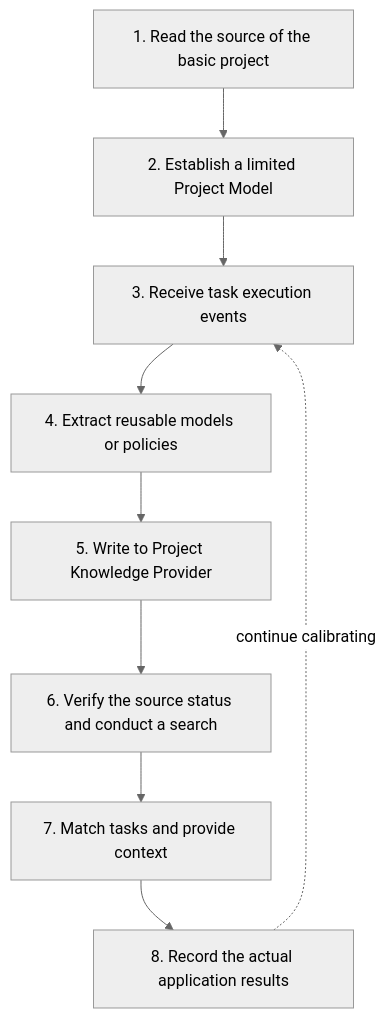
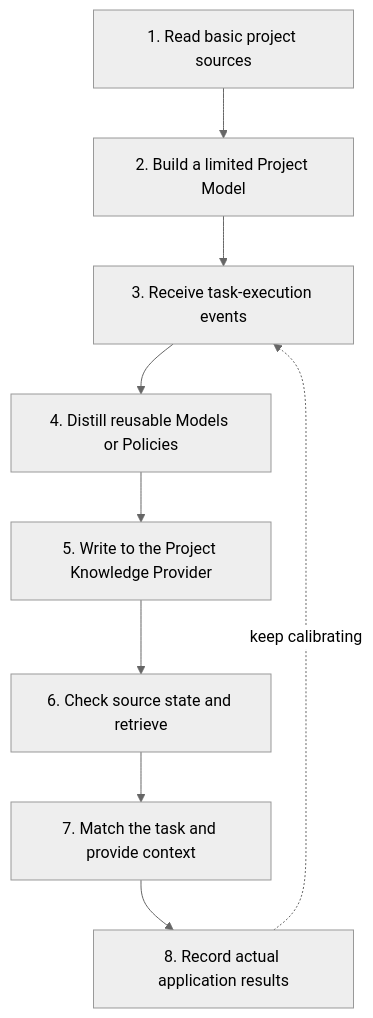
Before and after one commit to rpamis/comet-website-docs: the diagram in en/plugins/project-knowledge-principles.mdx, drawn with Mermaid (neutral theme). The commit also changed other lines of this file and 30 other files, not shown here.

````diff
--- a/en/plugins/project-knowledge-principles.mdx
+++ b/en/plugins/project-knowledge-principles.mdx
@@ -24,11 +26,11 @@
 ```mermaid
 flowchart TD
-  S["1. Read the source of the basic project"] --> M["2. Establish a limited Project Model"]
-  M --> E["3. Receive task execution events"]
-  E --> L["4. Extract reusable models or policies"]
-  L --> P["5. Write to Project Knowledge Provider"]
-  P --> Q["6. Verify the source status and conduct a search"]
-  Q --> D["7. Match tasks and provide context"]
-  D --> F["8. Record the actual application results"]
-  F -. continue calibrating .-> E
+  S["1. Read basic project sources"] --> M["2. Build a limited Project Model"]
+  M --> E["3. Receive task-execution events"]
+  E --> L["4. Distill reusable Models or Policies"]
+  L --> P["5. Write to the Project Knowledge Provider"]
+  P --> Q["6. Check source state and retrieve"]
+  Q --> D["7. Match the task and provide context"]
+  D --> F["8. Record actual application results"]
+  F -. keep calibrating .-> E
 ```
````
